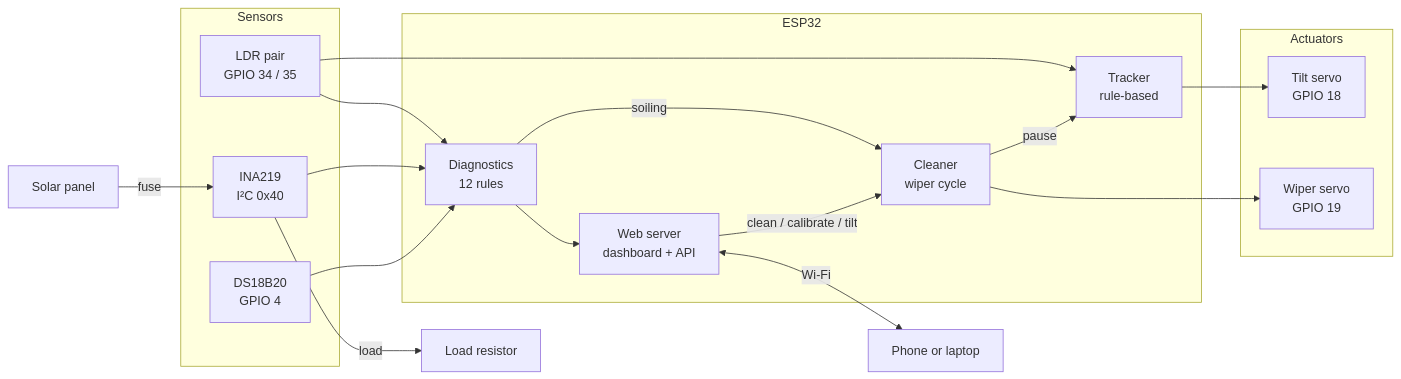
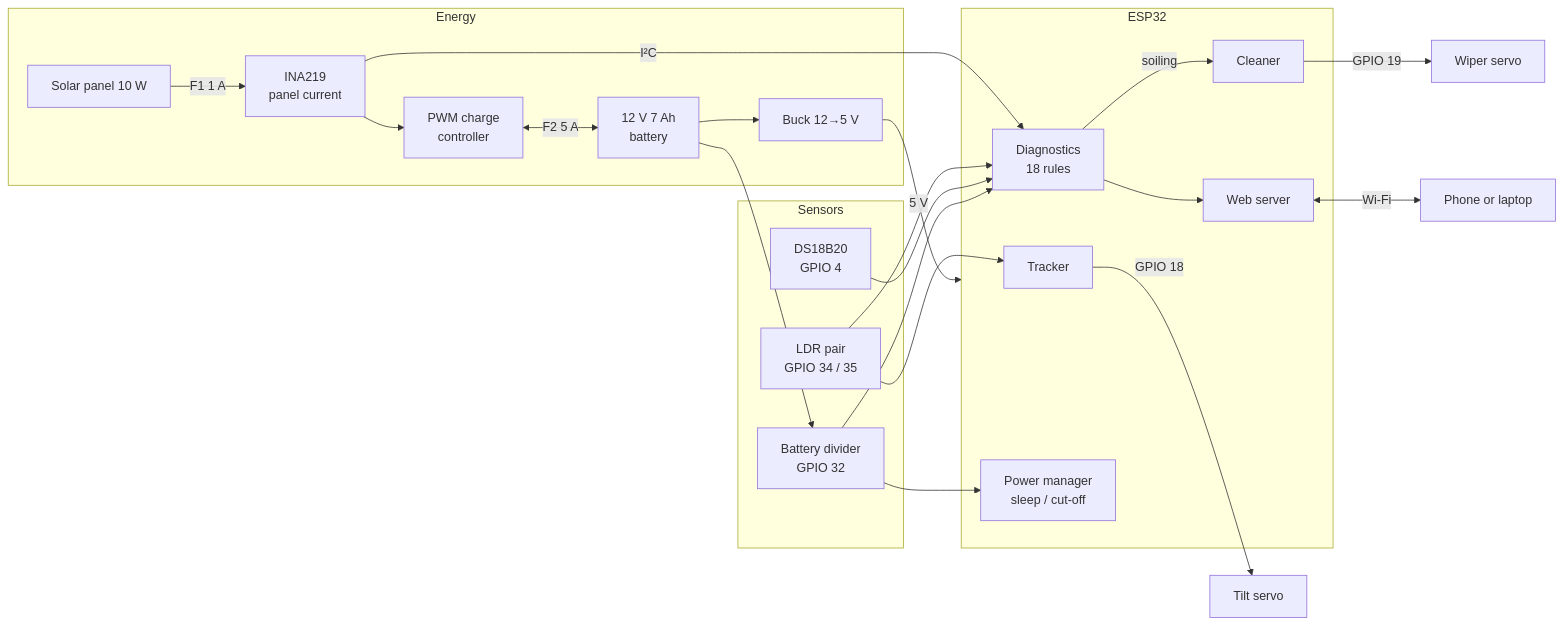
Before and after one commit to sumanbhatbtech25-beep/Self-SOLAR-TrackingandCleaning: the diagram in README.md, drawn with Mermaid. The commit also changed other lines of this file and 25 other files, not shown here.

````diff
--- a/README.md
+++ b/README.md
@@ -51,28 +54,30 @@
 ```mermaid
 flowchart LR
+    subgraph Energy
+        PV[Solar panel 10 W] -->|F1 1 A| INA[INA219<br/>panel current]
+        INA --> CC[PWM charge<br/>controller]
+        CC <-->|F2 5 A| BAT[12 V 7 Ah<br/>battery]
+        BAT --> BUCK[Buck 12→5 V]
+    end
     subgraph Sensors
         LDR[LDR pair<br/>GPIO 34 / 35]
-        INA[INA219<br/>I²C 0x40]
         DS[DS18B20<br/>GPIO 4]
+        BS[Battery divider<br/>GPIO 32]
     end
     subgraph ESP32
-        TR[Tracker<br/>rule-based]
-        DG[Diagnostics<br/>12 rules]
-        CL[Cleaner<br/>wiper cycle]
-        WEB[Web server<br/>dashboard + API]
+        TR[Tracker]
+        DG[Diagnostics<br/>18 rules]
+        CL[Cleaner]
+        PW[Power manager<br/>sleep / cut-off]
+        WEB[Web server]
     end
-    subgraph Actuators
-        TS[Tilt servo<br/>GPIO 18]
-        WS[Wiper servo<br/>GPIO 19]
-    end
-    PV[Solar panel] -->|fuse| INA -->|load| LOAD[Load resistor]
-    LDR --> TR --> TS
+    BUCK -->|5 V| ESP32
+    BAT --> BS --> PW
+    INA -->|I²C| DG
+    LDR --> TR -->|GPIO 18| TS[Tilt servo]
     LDR --> DG
-    INA --> DG
     DS --> DG
-    DG -->|soiling| CL --> WS
-    CL -->|pause| TR
-    DG --> WEB
-    WEB -->|clean / calibrate / tilt| CL
-    WEB <-->|Wi-Fi| PHONE[Phone or laptop]
+    BS --> DG
+    DG -->|soiling| CL -->|GPIO 19| WS[Wiper servo]
+    DG --> WEB <-->|Wi-Fi| PHONE[Phone or laptop]
 ```
````
